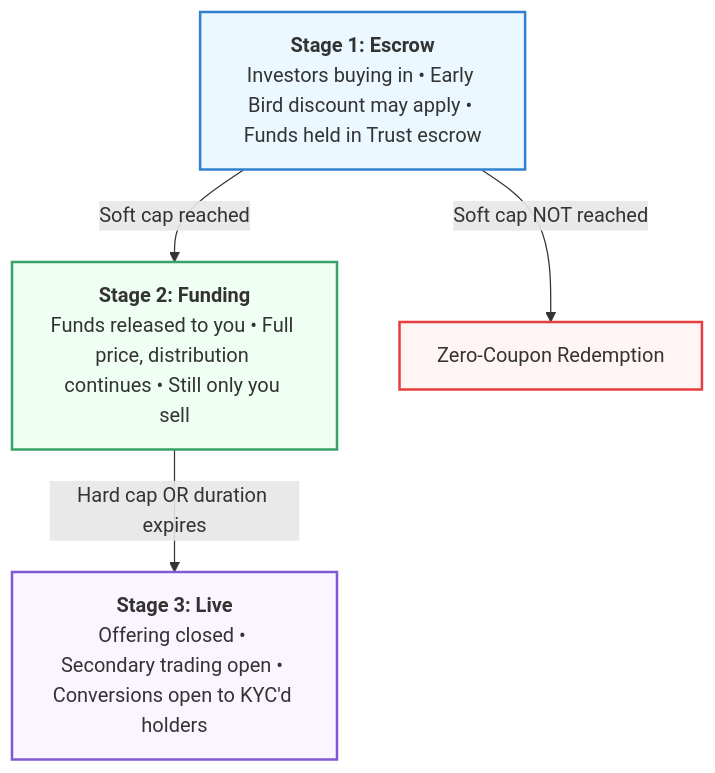
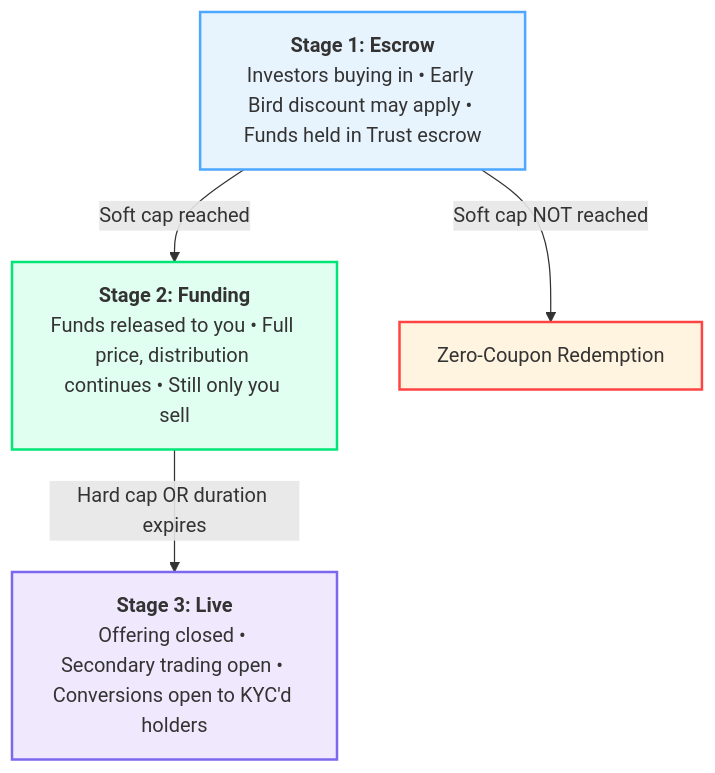
One commit to hrbrlife/sailsto_website changed the fifth of 9 diagrams in hugo-site/content/whatsails.md. Above: the diagram before and after it, drawn with Mermaid. The commit also changed other lines of this file and 9 other files, not shown here.

```diff
--- a/hugo-site/content/whatsails.md
+++ b/hugo-site/content/whatsails.md
@@ -543,14 +543,14 @@
         <div class="mermaid">
         flowchart TB
             STAGE1["<strong>Stage 1: Escrow</strong><br/>Investors buying in • Early Bird discount may apply • Funds held in Trust escrow"]
             STAGE2["<strong>Stage 2: Funding</strong><br/>Funds released to you • Full price, distribution continues • Still only you sell"]
             STAGE3["<strong>Stage 3: Live</strong><br/>Offering closed • Secondary trading open • Conversions open to KYC'd holders"]
             REFUND["Zero-Coupon Redemption"]
             STAGE1 -->|Soft cap reached| STAGE2
             STAGE2 -->|Hard cap OR duration expires| STAGE3
             STAGE1 -->|Soft cap NOT reached| REFUND
-            style STAGE1 fill:#ebf8ff,stroke:#3182ce,stroke-width:2px
-            style STAGE2 fill:#f0fff4,stroke:#38a169,stroke-width:2px
-            style STAGE3 fill:#faf5ff,stroke:#805ad5,stroke-width:2px
-            style REFUND fill:#fff5f5,stroke:#e53e3e,stroke-width:2px
+            style STAGE1 fill:#E8F4FD,stroke:#4DA6FF,stroke-width:2px
+            style STAGE2 fill:#E0FFF0,stroke:#00E676,stroke-width:2px
+            style STAGE3 fill:#F0E8FD,stroke:#7B68EE,stroke-width:2px
+            style REFUND fill:#FFF4E0,stroke:#FF4444,stroke-width:2px
         </div>
```
